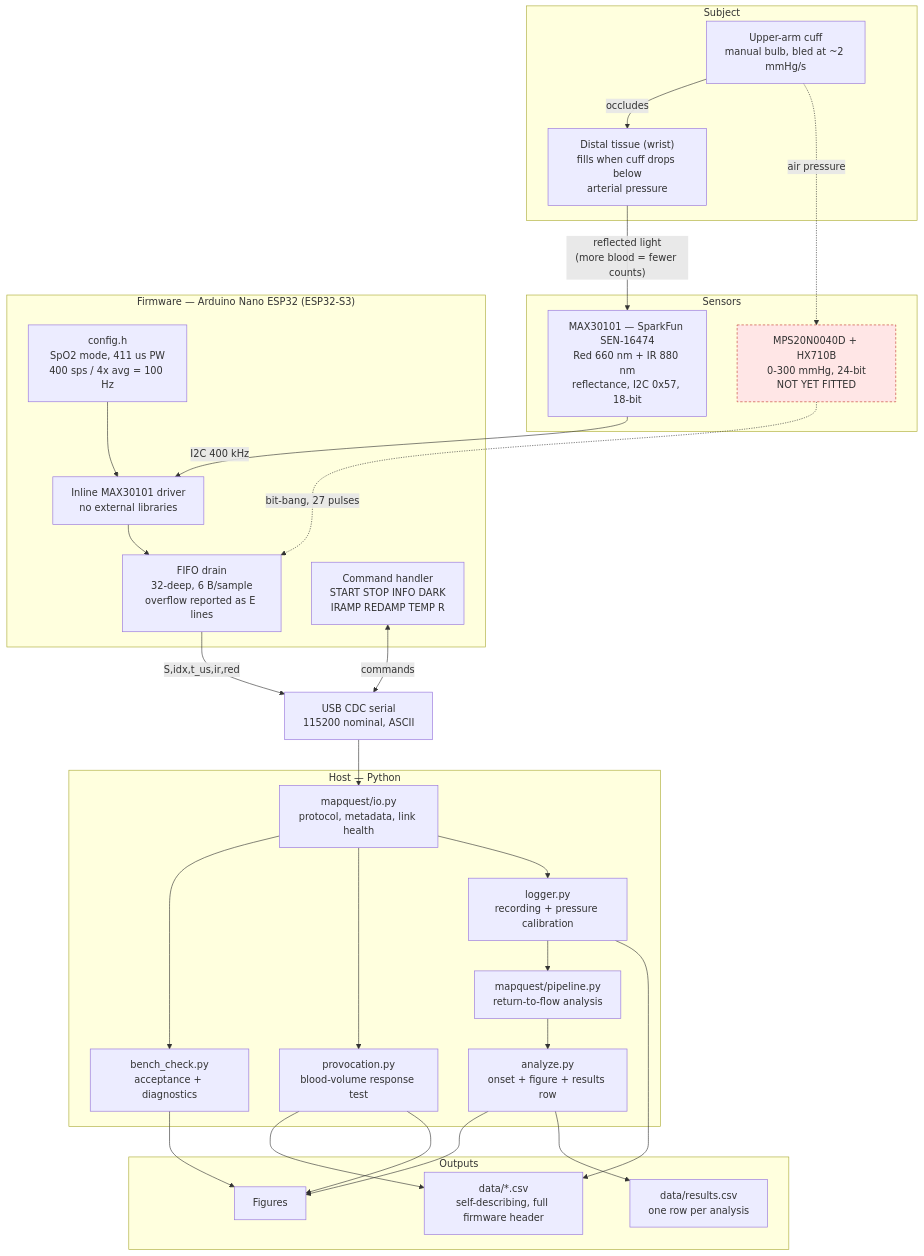
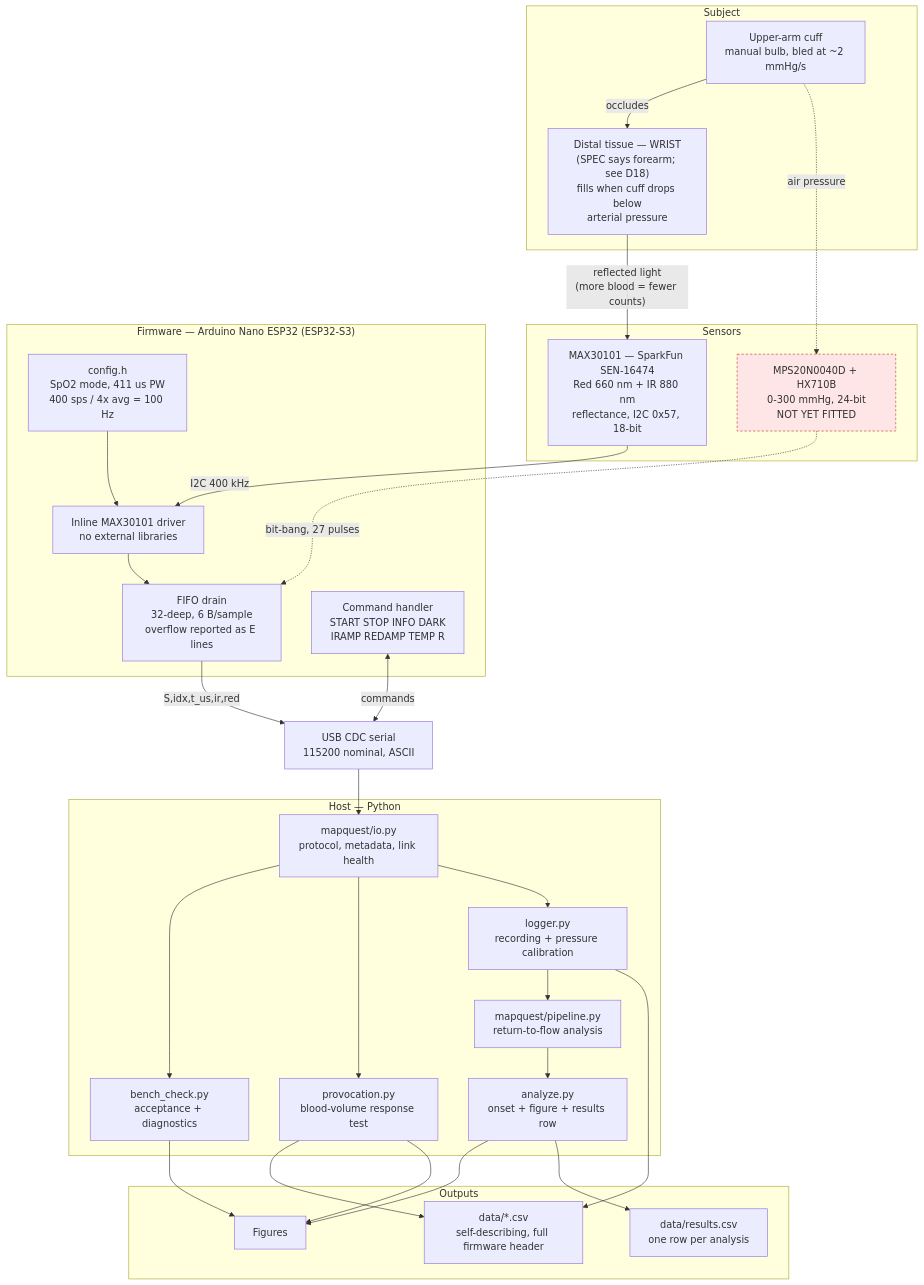
The first of 4 diagrams in docs/architecture.md (lcook42/MAPQuest_PPG), drawn with Mermaid before and after one commit. The commit also changed other lines of this file and 2 other files, not shown here.

First line of the commit message:
Add decision log; record wrist deviation and recover lost rationale

````diff
--- a/docs/architecture.md
+++ b/docs/architecture.md
@@ -12,63 +13,63 @@
 ```mermaid
 flowchart TD
     subgraph SUBJECT["Subject"]
         CUFF["Upper-arm cuff<br/>manual bulb, bled at ~2 mmHg/s"]
-        TISSUE["Distal tissue (wrist)<br/>fills when cuff drops below<br/>arterial pressure"]
+        TISSUE["Distal tissue — WRIST<br/>(SPEC says forearm; see D18)<br/>fills when cuff drops below<br/>arterial pressure"]
         CUFF -->|occludes| TISSUE
     end
 
     subgraph SENSORS["Sensors"]
         MAX["MAX30101 — SparkFun SEN-16474<br/>Red 660 nm + IR 880 nm<br/>reflectance, I2C 0x57, 18-bit"]
         HX["MPS20N0040D + HX710B<br/>0-300 mmHg, 24-bit<br/>NOT YET FITTED"]
     end
 
     TISSUE -->|"reflected light<br/>(more blood = fewer counts)"| MAX
     CUFF -.->|air pressure| HX
 
     subgraph FW["Firmware — Arduino Nano ESP32 (ESP32-S3)"]
         CFG["config.h<br/>SpO2 mode, 411 us PW<br/>400 sps / 4x avg = 100 Hz"]
         DRV["Inline MAX30101 driver<br/>no external libraries"]
         FIFO["FIFO drain<br/>32-deep, 6 B/sample<br/>overflow reported as E lines"]
         CMD["Command handler<br/>START STOP INFO DARK<br/>IRAMP REDAMP TEMP R"]
         CFG --> DRV --> FIFO
     end
 
     MAX -->|I2C 400 kHz| DRV
     HX -.->|"bit-bang, 27 pulses"| FIFO
 
     FIFO -->|"S,idx,t_us,ir,red"| LINK
     CMD <-->|commands| LINK
     LINK["USB CDC serial<br/>115200 nominal, ASCII"]
 
     subgraph HOST["Host — Python"]
         IO["mapquest/io.py<br/>protocol, metadata, link health"]
         BENCH["bench_check.py<br/>acceptance + diagnostics"]
         PROV["provocation.py<br/>blood-volume response test"]
         LOG["logger.py<br/>recording + pressure calibration"]
         PIPE["mapquest/pipeline.py<br/>return-to-flow analysis"]
         ANA["analyze.py<br/>onset + figure + results row"]
         IO --> BENCH
         IO --> PROV
         IO --> LOG
         LOG --> PIPE
         PIPE --> ANA
     end
 
     LINK --> IO
 
     subgraph OUT["Outputs"]
         CSV["data/*.csv<br/>self-describing, full firmware header"]
         PNG["Figures"]
         RES["data/results.csv<br/>one row per analysis"]
     end
 
     BENCH --> PNG
     PROV --> CSV
     PROV --> PNG
     LOG --> CSV
     ANA --> PNG
     ANA --> RES
 
     classDef missing fill:#ffe6e6,stroke:#c43b2f,stroke-dasharray:4 3
     class HX missing
 ```
````
